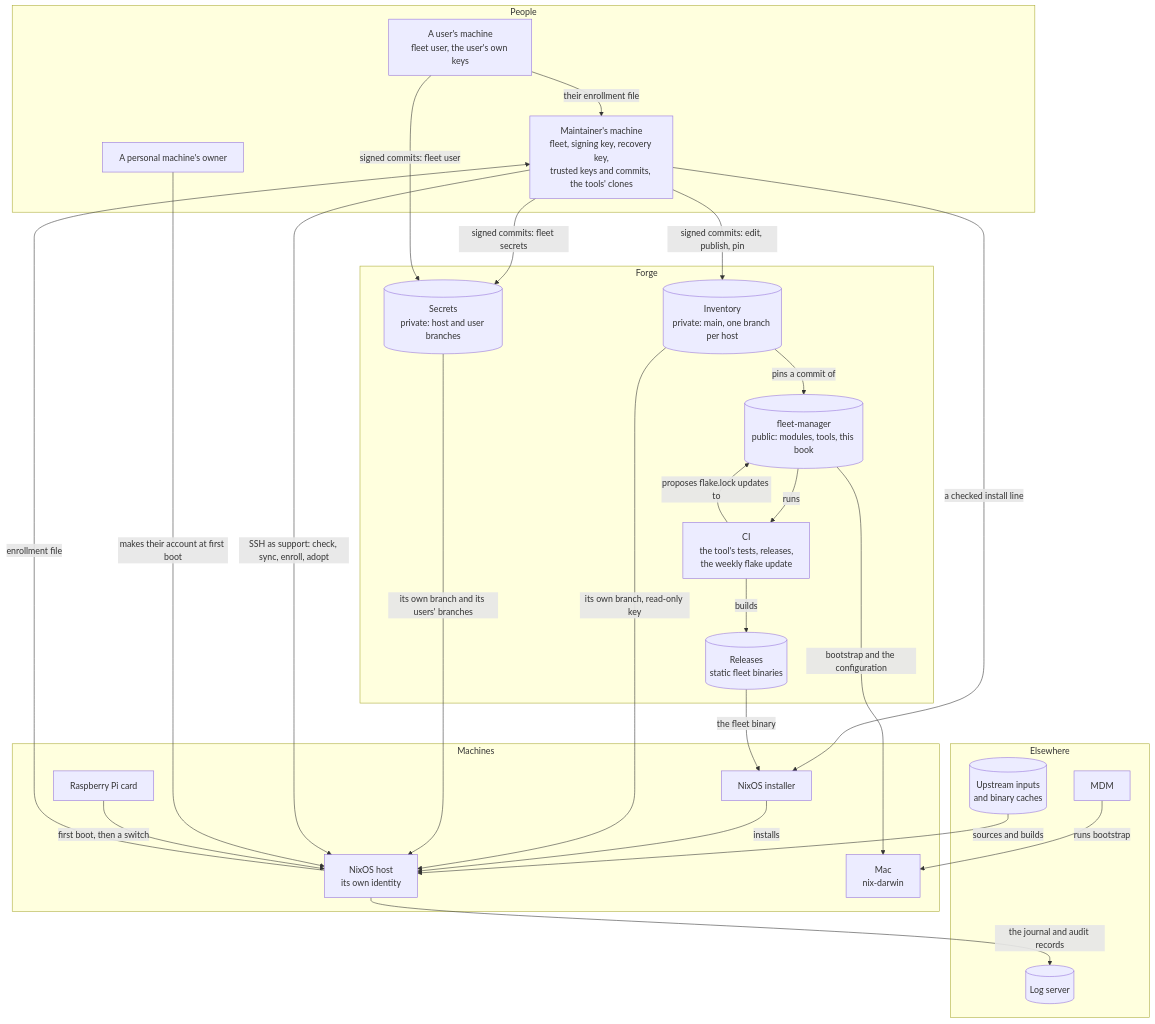
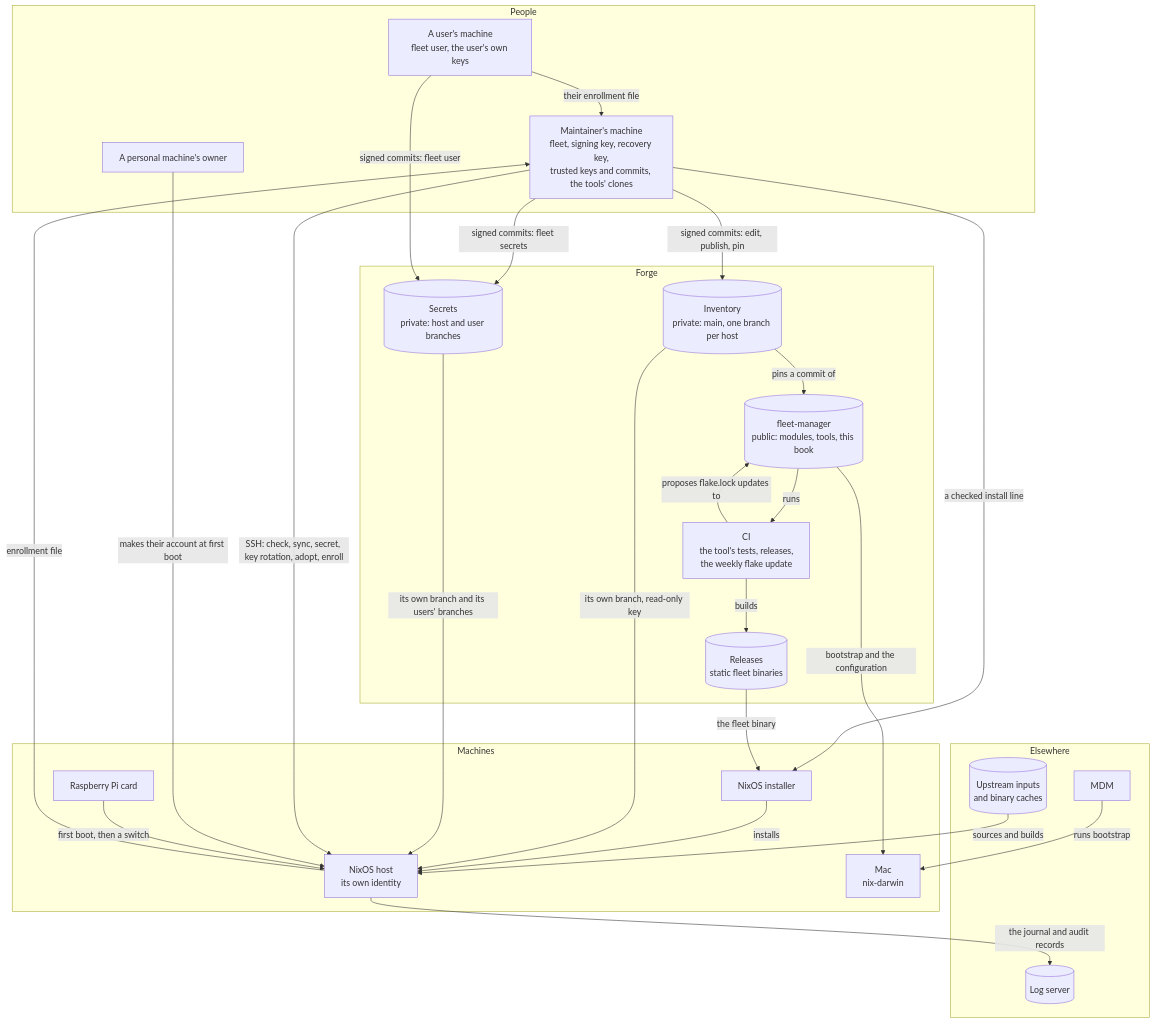
Before and after one commit to nnishant776/fleet-manager: the first of 4 diagrams in docs/how-it-works.md, drawn with Mermaid. The commit also changed other lines of this file and 2 other files, not shown here.

First line of the commit message:
docs(how-it-works): a fleet host up close, every flow that configures and manages it

````diff
--- a/docs/how-it-works.md
+++ b/docs/how-it-works.md
@@ -45,48 +46,48 @@
 ```mermaid
 flowchart TB
     subgraph people["People"]
         maint["Maintainer's machine<br/>fleet, signing key, recovery key,<br/>trusted keys and commits, the tools' clones"]
         user["A user's machine<br/>fleet user, the user's own keys"]
         owner["A personal machine's owner"]
     end
     subgraph forge["Forge"]
         fm[("fleet-manager<br/>public: modules, tools, this book")]
         ci["CI<br/>the tool's tests, releases,<br/>the weekly flake update"]
         rel[("Releases<br/>static fleet binaries")]
         inv[("Inventory<br/>private: main, one branch per host")]
         sec[("Secrets<br/>private: host and user branches")]
     end
     subgraph machines["Machines"]
         iso["NixOS installer"]
         host["NixOS host<br/>its own identity"]
         mac["Mac<br/>nix-darwin"]
         card["Raspberry Pi card"]
     end
     subgraph outside["Elsewhere"]
         up[("Upstream inputs<br/>and binary caches")]
         loki[("Log server")]
         mdm["MDM"]
     end
 
     maint -- "signed commits: edit, publish, pin" --> inv
     maint -- "signed commits: fleet secrets" --> sec
     user -- "signed commits: fleet user" --> sec
     user -- "their enrollment file" --> maint
     inv -- "pins a commit of" --> fm
     fm -- "runs" --> ci
     ci -- "builds" --> rel
     ci -- "proposes flake.lock updates to" --> fm
     maint -- "a checked install line" --> iso
     rel -- "the fleet binary" --> iso
     iso -- "installs" --> host
     host -- "enrollment file" --> maint
     inv -- "its own branch, read-only key" --> host
     sec -- "its own branch and its users' branches" --> host
     up -- "sources and builds" --> host
-    maint -- "SSH as support: check, sync, enroll, adopt" --> host
+    maint -- "SSH: check, sync, secret, key rotation, adopt, enroll" --> host
     owner -- "makes their account at first boot" --> host
     host -- "the journal and audit records" --> loki
     mdm -- "runs bootstrap" --> mac
     fm -- "bootstrap and the configuration" --> mac
     card -- "first boot, then a switch" --> host
 ```
````
